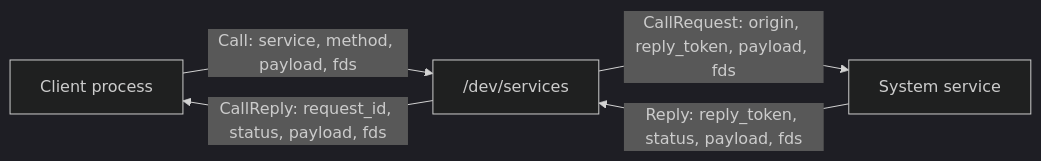
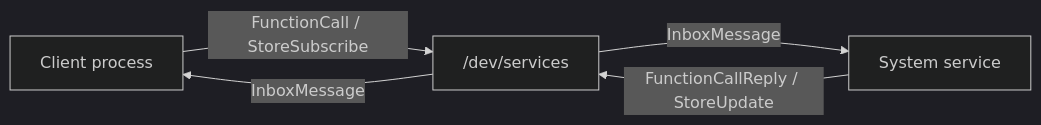
The first of 3 diagrams in README.md (ardos-os/motherboard), drawn with Mermaid (dark theme) before and after one commit. The commit also changed other lines of this file and 22 other files, not shown here.

````diff
--- a/README.md
+++ b/README.md
@@ -41,7 +42,7 @@
 ```mermaid
 flowchart LR
-    App[Client process] -->|Call: service, method, payload, fds| Bus["/dev/services"]
-    Bus -->|CallRequest: origin, reply_token, payload, fds| Server[System service]
-    Server -->|Reply: reply_token, status, payload, fds| Bus
-    Bus -->|CallReply: request_id, status, payload, fds| App
+    App[Client process] -->|FunctionCall / StoreSubscribe| Bus["/dev/services"]
+    Bus -->|InboxMessage| Server[System service]
+    Server -->|FunctionCallReply / StoreUpdate| Bus
+    Bus -->|InboxMessage| App
 ```
````
